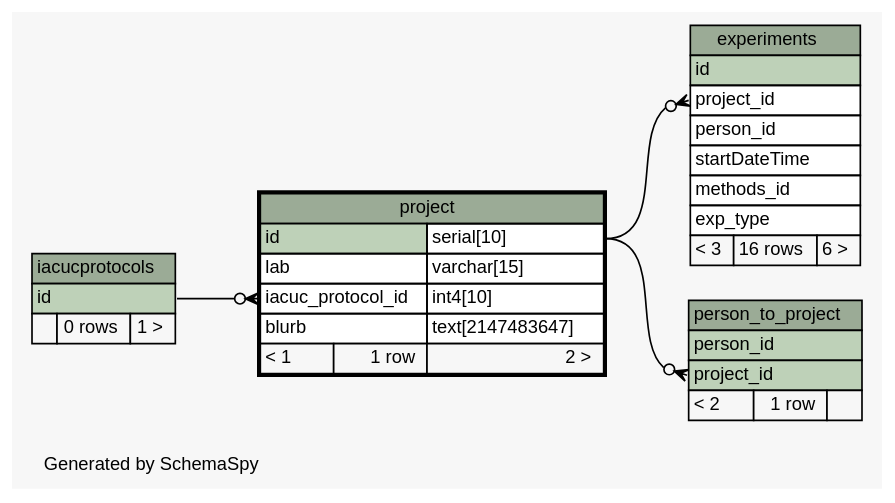
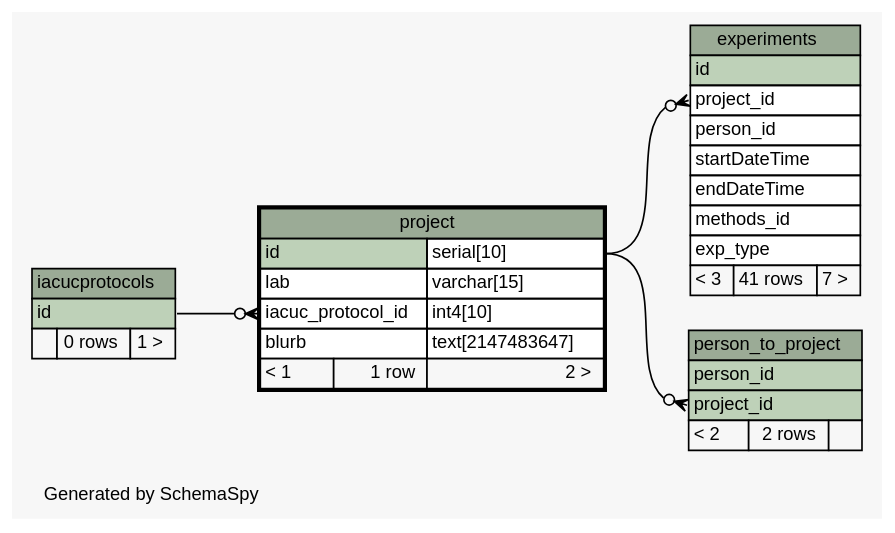
One commit to tgbugs/mlab changed the diagram in database/ss/diagrams/project.1degree.dot. Above: the diagram before and after it, drawn with Graphviz. The commit also changed 216 other files, not shown here.

```diff
--- a/database/ss/diagrams/project.1degree.dot
+++ b/database/ss/diagrams/project.1degree.dot
@@ -1,74 +1,75 @@
 // dot 2.32.0 on Windows 7 6.1
 // SchemaSpy rev 590
 digraph "oneDegreeRelationshipsDiagram" {
   graph [
     rankdir="RL"
     bgcolor="#f7f7f7"
     label="\nGenerated by SchemaSpy"
     labeljust="l"
     nodesep="0.18"
     ranksep="0.46"
     fontname="Helvetica"
     fontsize="11"
   ];
   node [
     fontname="Helvetica"
     fontsize="11"
     shape="plaintext"
   ];
   edge [
     arrowsize="0.8"
   ];
   "experiments":"project_id":w -> "project":"id.type":e [arrowhead=none dir=back arrowtail=crowodot];
   "person_to_project":"project_id":w -> "project":"id.type":e [arrowhead=none dir=back arrowtail=crowodot];
   "project":"iacuc_protocol_id":w -> "iacucprotocols":"id":e [arrowhead=none dir=back arrowtail=crowodot];
   "experiments" [
     label=<
     <TABLE BORDER="0" CELLBORDER="1" CELLSPACING="0" BGCOLOR="#ffffff">
       <TR><TD COLSPAN="3" BGCOLOR="#9bab96" ALIGN="CENTER">experiments</TD></TR>
       <TR><TD PORT="id" COLSPAN="3" BGCOLOR="#bed1b8" ALIGN="LEFT">id</TD></TR>
       <TR><TD PORT="project_id" COLSPAN="3" ALIGN="LEFT">project_id</TD></TR>
       <TR><TD PORT="person_id" COLSPAN="3" ALIGN="LEFT">person_id</TD></TR>
       <TR><TD PORT="startDateTime" COLSPAN="3" ALIGN="LEFT">startDateTime</TD></TR>
+      <TR><TD PORT="endDateTime" COLSPAN="3" ALIGN="LEFT">endDateTime</TD></TR>
       <TR><TD PORT="methods_id" COLSPAN="3" ALIGN="LEFT">methods_id</TD></TR>
       <TR><TD PORT="exp_type" COLSPAN="3" ALIGN="LEFT">exp_type</TD></TR>
-      <TR><TD ALIGN="LEFT" BGCOLOR="#f7f7f7">&lt; 3</TD><TD ALIGN="RIGHT" BGCOLOR="#f7f7f7">16 rows</TD><TD ALIGN="RIGHT" BGCOLOR="#f7f7f7">6 &gt;</TD></TR>
+      <TR><TD ALIGN="LEFT" BGCOLOR="#f7f7f7">&lt; 3</TD><TD ALIGN="RIGHT" BGCOLOR="#f7f7f7">41 rows</TD><TD ALIGN="RIGHT" BGCOLOR="#f7f7f7">7 &gt;</TD></TR>
     </TABLE>>
     URL="experiments.html"
     tooltip="experiments"
   ];
   "iacucprotocols" [
     label=<
     <TABLE BORDER="0" CELLBORDER="1" CELLSPACING="0" BGCOLOR="#ffffff">
       <TR><TD COLSPAN="3" BGCOLOR="#9bab96" ALIGN="CENTER">iacucprotocols</TD></TR>
       <TR><TD PORT="id" COLSPAN="3" BGCOLOR="#bed1b8" ALIGN="LEFT">id</TD></TR>
       <TR><TD ALIGN="LEFT" BGCOLOR="#f7f7f7">  </TD><TD ALIGN="RIGHT" BGCOLOR="#f7f7f7">0 rows</TD><TD ALIGN="RIGHT" BGCOLOR="#f7f7f7">1 &gt;</TD></TR>
     </TABLE>>
     URL="iacucprotocols.html"
     tooltip="iacucprotocols"
   ];
   "person_to_project" [
     label=<
     <TABLE BORDER="0" CELLBORDER="1" CELLSPACING="0" BGCOLOR="#ffffff">
       <TR><TD COLSPAN="3" BGCOLOR="#9bab96" ALIGN="CENTER">person_to_project</TD></TR>
       <TR><TD PORT="person_id" COLSPAN="3" BGCOLOR="#bed1b8" ALIGN="LEFT">person_id</TD></TR>
       <TR><TD PORT="project_id" COLSPAN="3" BGCOLOR="#bed1b8" ALIGN="LEFT">project_id</TD></TR>
-      <TR><TD ALIGN="LEFT" BGCOLOR="#f7f7f7">&lt; 2</TD><TD ALIGN="RIGHT" BGCOLOR="#f7f7f7">1 row</TD><TD ALIGN="RIGHT" BGCOLOR="#f7f7f7">  </TD></TR>
+      <TR><TD ALIGN="LEFT" BGCOLOR="#f7f7f7">&lt; 2</TD><TD ALIGN="RIGHT" BGCOLOR="#f7f7f7">2 rows</TD><TD ALIGN="RIGHT" BGCOLOR="#f7f7f7">  </TD></TR>
     </TABLE>>
     URL="person_to_project.html"
     tooltip="person_to_project"
   ];
   "project" [
     label=<
     <TABLE BORDER="2" CELLBORDER="1" CELLSPACING="0" BGCOLOR="#ffffff">
       <TR><TD COLSPAN="3" BGCOLOR="#9bab96" ALIGN="CENTER">project</TD></TR>
       <TR><TD PORT="id" COLSPAN="2" BGCOLOR="#bed1b8" ALIGN="LEFT">id</TD><TD PORT="id.type" ALIGN="LEFT">serial[10]</TD></TR>
       <TR><TD PORT="lab" COLSPAN="2" ALIGN="LEFT">lab</TD><TD PORT="lab.type" ALIGN="LEFT">varchar[15]</TD></TR>
       <TR><TD PORT="iacuc_protocol_id" COLSPAN="2" ALIGN="LEFT">iacuc_protocol_id</TD><TD PORT="iacuc_protocol_id.type" ALIGN="LEFT">int4[10]</TD></TR>
       <TR><TD PORT="blurb" COLSPAN="2" ALIGN="LEFT">blurb</TD><TD PORT="blurb.type" ALIGN="LEFT">text[2147483647]</TD></TR>
       <TR><TD ALIGN="LEFT" BGCOLOR="#f7f7f7">&lt; 1</TD><TD ALIGN="RIGHT" BGCOLOR="#f7f7f7">1 row</TD><TD ALIGN="RIGHT" BGCOLOR="#f7f7f7">2 &gt;</TD></TR>
     </TABLE>>
     URL="project.html"
     tooltip="project"
   ];
 }
```
